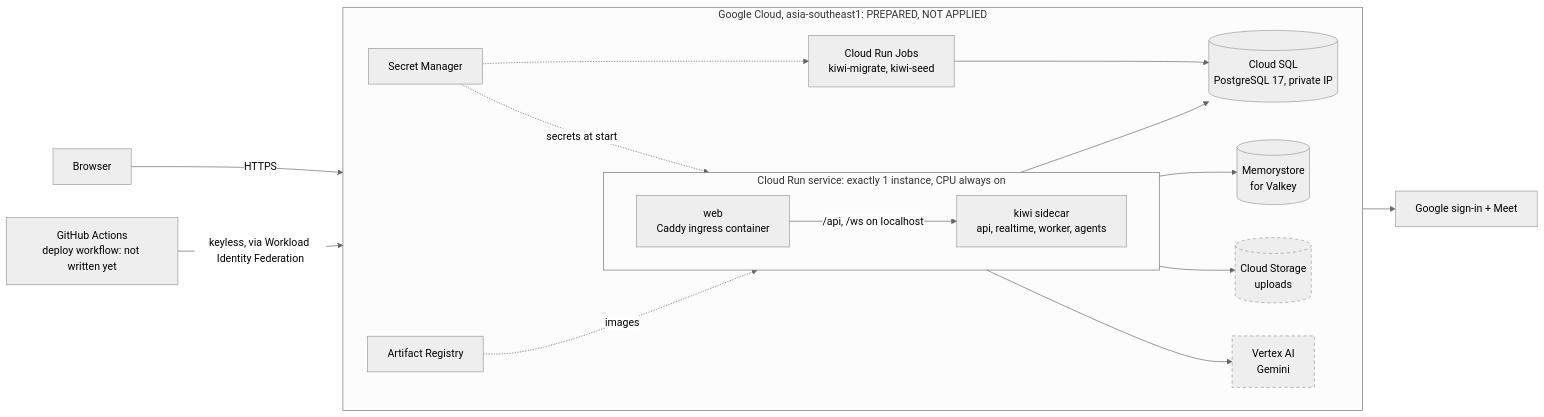
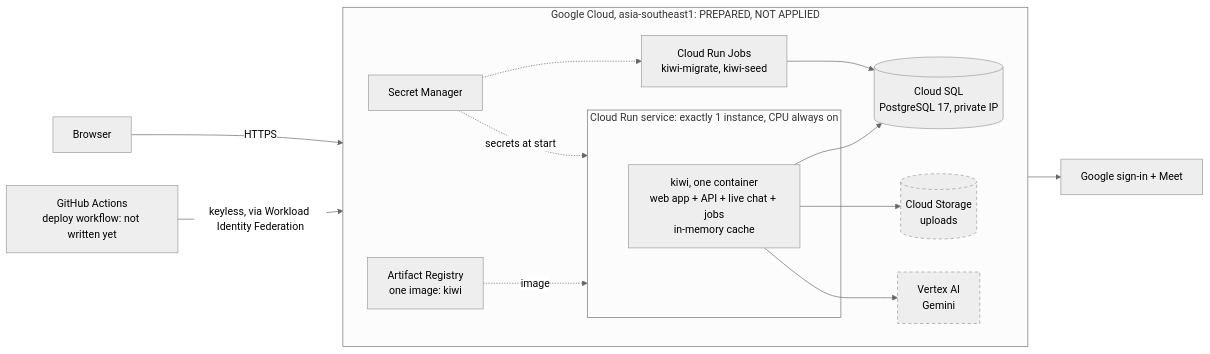
Before and after one commit to Gemii-Team/gcp-ai-builder-cup-2026: the second of 3 diagrams in README.md, drawn with Mermaid (neutral theme). The commit also changed other lines of this file, not shown here.

````diff
--- a/README.md
+++ b/README.md
@@ -88,31 +88,27 @@
 ```mermaid
 flowchart LR
     you["Browser"]
     gha["GitHub Actions<br/>deploy workflow: not written yet"]
     google["Google sign-in + Meet"]
     subgraph gcp["Google Cloud, asia-southeast1: PREPARED, NOT APPLIED"]
         direction LR
         subgraph run["Cloud Run service: exactly 1 instance, CPU always on"]
-            direction LR
-            web["web<br/>Caddy ingress container"]
-            kiwi["kiwi sidecar<br/>api, realtime, worker, agents"]
+            kiwi["kiwi, one container<br/>web app + API + live chat + jobs<br/>in-memory cache"]
         end
         jobs["Cloud Run Jobs<br/>kiwi-migrate, kiwi-seed"]
         sql[("Cloud SQL<br/>PostgreSQL 17, private IP")]
-        vk[("Memorystore<br/>for Valkey")]
         gcs[("Cloud Storage<br/>uploads")]
         vertex["Vertex AI<br/>Gemini"]
         sm["Secret Manager"]
-        ar["Artifact Registry"]
+        ar["Artifact Registry<br/>one image: kiwi"]
     end
-    you -->|"HTTPS"| web
-    web -->|"/api, /ws on localhost"| kiwi
-    kiwi --> sql & vk & gcs & vertex & google
+    you -->|"HTTPS"| kiwi
+    kiwi --> sql & gcs & vertex & google
     jobs --> sql
     sm -.->|"secrets at start"| run
     sm -.-> jobs
     gha -->|"keyless, via Workload Identity Federation"| ar
-    ar -.->|"images"| run
+    ar -.->|"image"| run
     classDef missing stroke-dasharray: 5 4
     class gcs,vertex missing
 ```
````
